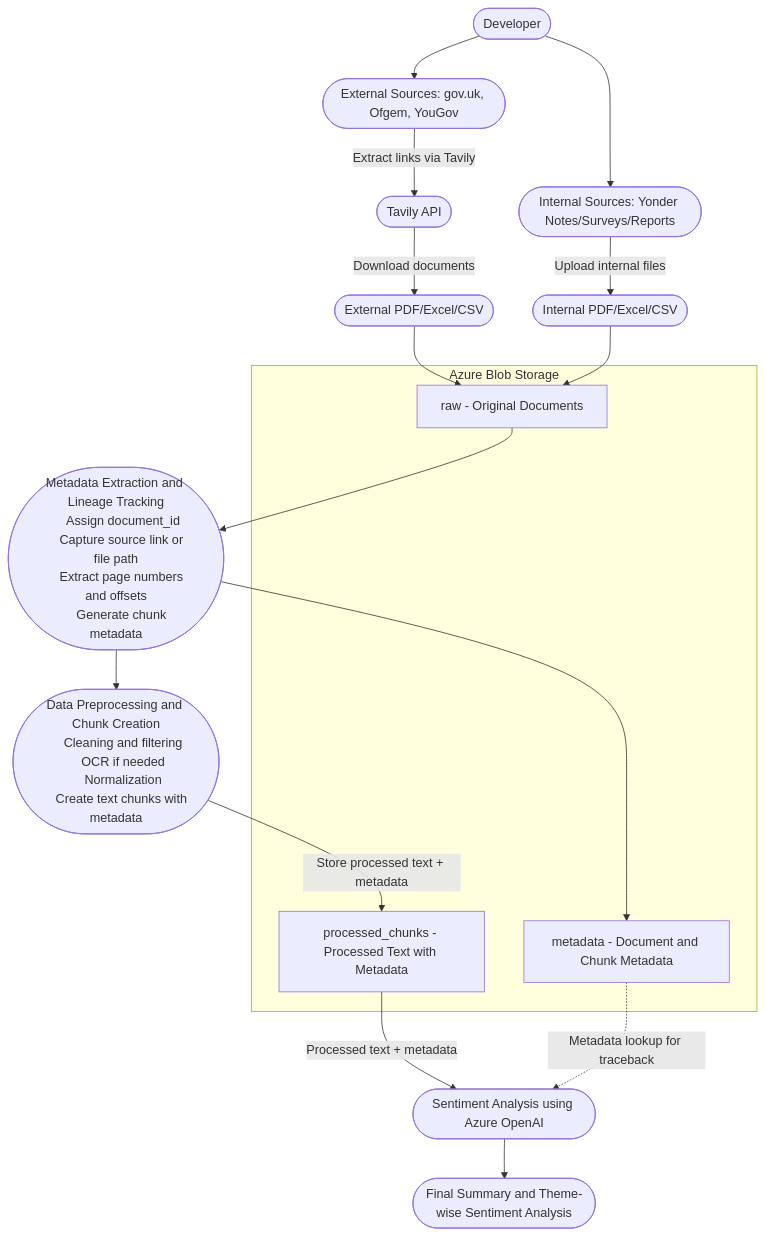
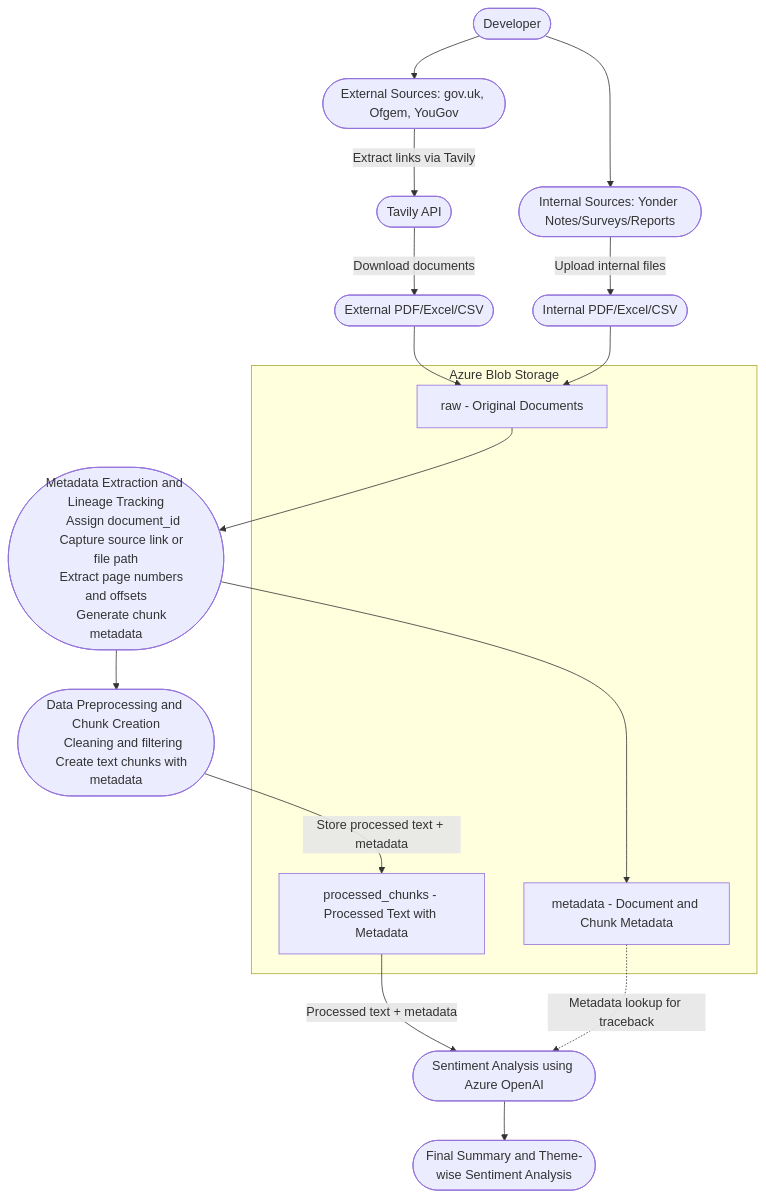
Before and after one commit to heena98765/Sentiment-analysis: the diagram in docs/architecture.md, drawn with Mermaid.

Commit message:
Update data preprocessing steps in architecture doc
Removed OCR and Normalization from data preprocessing steps.

````diff
--- a/docs/architecture.md
+++ b/docs/architecture.md
@@ -5,75 +5,73 @@
 ```mermaid
 flowchart TB
 
     %% ================
     %% INGESTION
     %% ================
 
     DEV([Developer])
 
     EXT_SOURCES([External Sources: gov.uk, Ofgem, YouGov])
     INT_SOURCES([Internal Sources: Yonder Notes/Surveys/Reports])
 
     DEV --> EXT_SOURCES
     DEV --> INT_SOURCES
 
     EXT_SOURCES -->|Extract links via Tavily| TAVILY([Tavily API])
     TAVILY -->|Download documents| RAW_DOCS_EXT([External PDF/Excel/CSV])
 
     INT_SOURCES -->|Upload internal files| RAW_DOCS_INT([Internal PDF/Excel/CSV])
 
 
     %% ================
     %% AZURE STORAGE
     %% ================
     subgraph BLOB[Azure Blob Storage]
         RAW_RAW[raw - Original Documents]
         META_STORE[metadata - Document and Chunk Metadata]
         PROC_STORE[processed_chunks - Processed Text with Metadata]
     end
 
     RAW_DOCS_EXT --> RAW_RAW
     RAW_DOCS_INT --> RAW_RAW
 
 
     %% ============================
     %% METADATA & LINEAGE LAYER
     %% ============================
     META_LAYER([Metadata Extraction and Lineage Tracking
     Assign document_id
     Capture source link or file path
     Extract page numbers and offsets
     Generate chunk metadata])
 
     RAW_RAW --> META_LAYER
     META_LAYER --> META_STORE
 
 
     %% ============================
     %% DATA PREPROCESSING
     %% ============================
     PREPROC([Data Preprocessing and Chunk Creation
     Cleaning and filtering
-    OCR if needed
-    Normalization
     Create text chunks with metadata])
 
     META_LAYER --> PREPROC
     PREPROC -->|Store processed text + metadata| PROC_STORE
 
 
     %% ============================
     %% SENTIMENT ANALYSIS
     %% ============================
     SA([Sentiment Analysis using Azure OpenAI])
 
     PROC_STORE -->|Processed text + metadata| SA
     META_STORE -.->|Metadata lookup for traceback| SA
 
 
     %% ============================
     %% OUTPUT
     %% ============================
     REPORT([Final Summary and Theme-wise Sentiment Analysis])
     SA --> REPORT
 ```
````
